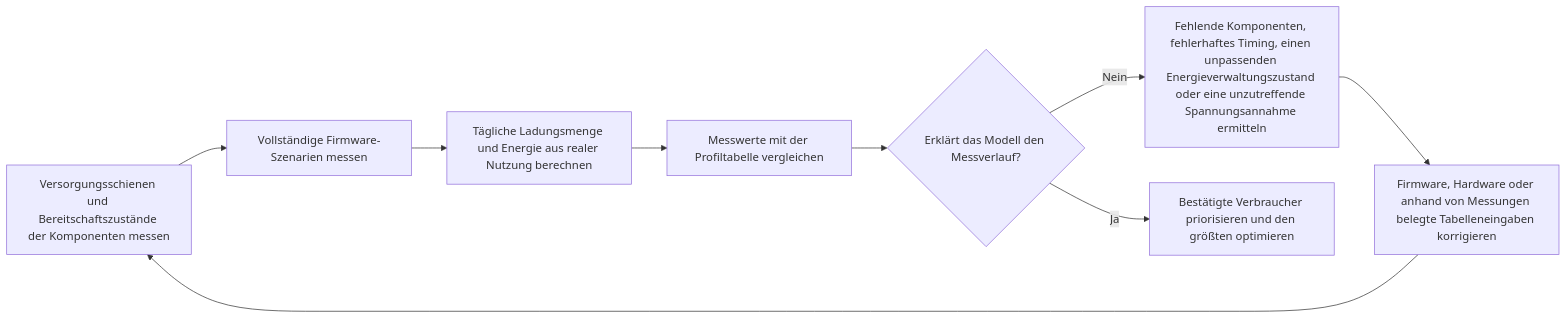
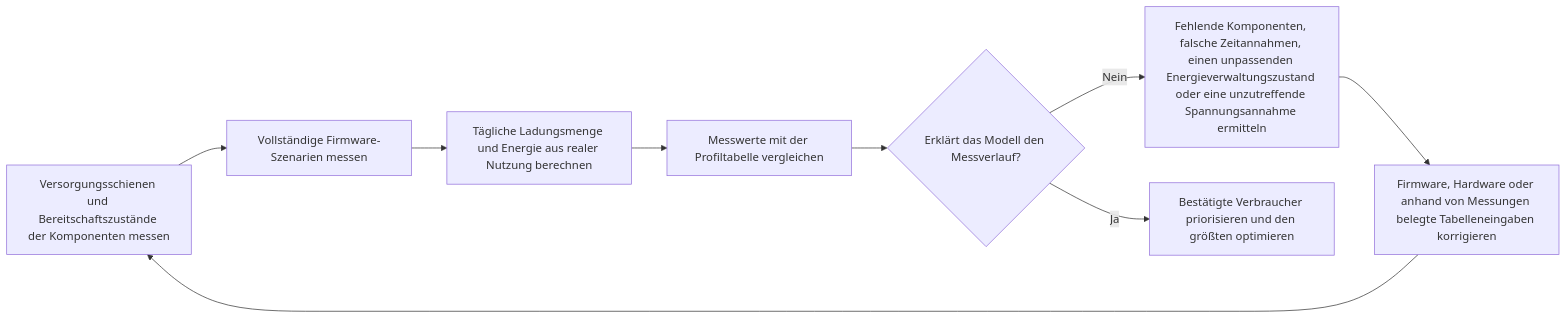
The diagram in docs_de/learn/low-power/measurement-and-validation.md (uForge-io/uforge-site), drawn with Mermaid before and after one commit. The commit also changed other lines of this file and 1299 other files, not shown here.

````diff
--- a/docs_de/learn/low-power/measurement-and-validation.md
+++ b/docs_de/learn/low-power/measurement-and-validation.md
@@ -130,11 +130,11 @@
 ```mermaid
 flowchart LR
     A["Versorgungsschienen und Bereitschaftszustände der Komponenten messen"] --> B["Vollständige Firmware-Szenarien messen"]
     B --> C["Tägliche Ladungsmenge und Energie aus realer Nutzung berechnen"]
     C --> D["Messwerte mit der Profiltabelle vergleichen"]
     D --> E{"Erklärt das Modell den Messverlauf?"}
-    E -- "Nein" --> F["Fehlende Komponenten, fehlerhaftes Timing, einen unpassenden Energieverwaltungszustand oder eine unzutreffende Spannungsannahme ermitteln"]
+    E -- "Nein" --> F["Fehlende Komponenten, falsche Zeitannahmen, einen unpassenden Energieverwaltungszustand oder eine unzutreffende Spannungsannahme ermitteln"]
     F --> G["Firmware, Hardware oder anhand von Messungen belegte Tabelleneingaben korrigieren"]
     G --> A
     E -- "Ja" --> H["Bestätigte Verbraucher priorisieren und den größten optimieren"]
 ```
````
